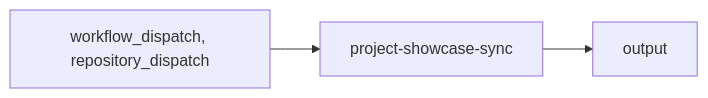
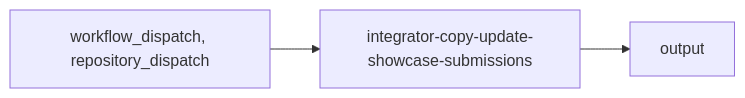
One commit to livepeer/docs changed the diagram in .github/workspace/actions-library/integrators/copy/integrator-copy-update-showcase-submissions.mdx. Above: the diagram before and after it, drawn with Mermaid. The commit also changed other lines of this file and 29 other files, not shown here.

````diff
--- a/.github/workspace/actions-library/integrators/copy/integrator-copy-update-showcase-submissions.mdx
+++ b/.github/workspace/actions-library/integrators/copy/integrator-copy-update-showcase-submissions.mdx
@@ -43,5 +43,5 @@
 ```mermaid
 graph LR
-    TRIGGER["workflow_dispatch, repository_dispatch"] --> WF["project-showcase-sync"]
+    TRIGGER["workflow_dispatch, repository_dispatch"] --> WF["integrator-copy-update-showcase-submissions"]
     WF --> OUTPUT["output"]
 ```
````
